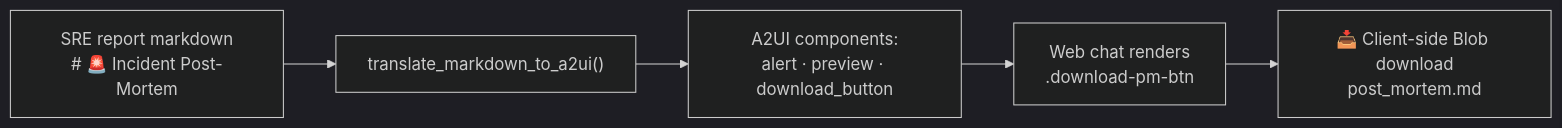
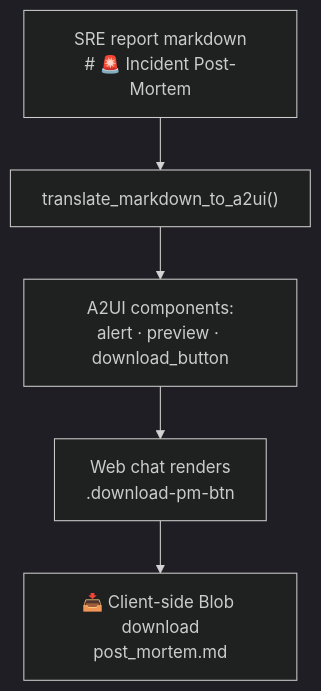
One commit to xSAVIKx/sre-agent changed the fourth of 5 diagrams in BLOGPOST.md. Above: the diagram before and after it, drawn with Mermaid (dark theme). The commit also changed other lines of this file and 9 other files, not shown here.

Commit message:
docs: refine BLOGPOST.md with updated architecture details, enhanced diagrams, and clearer explanations

````diff
--- a/BLOGPOST.md
+++ b/BLOGPOST.md
@@ -205,7 +219,7 @@
 ```mermaid
-flowchart LR
+flowchart TB
     R["SRE report markdown<br/># 🚨 Incident Post-Mortem"] --> T["translate_markdown_to_a2ui()"]
     T --> C["A2UI components:<br/>alert · preview · download_button"]
     C --> B["Web chat renders<br/>.download-pm-btn"]
     B --> D["📥 Client-side Blob download<br/>post_mortem.md"]
 ```
````
